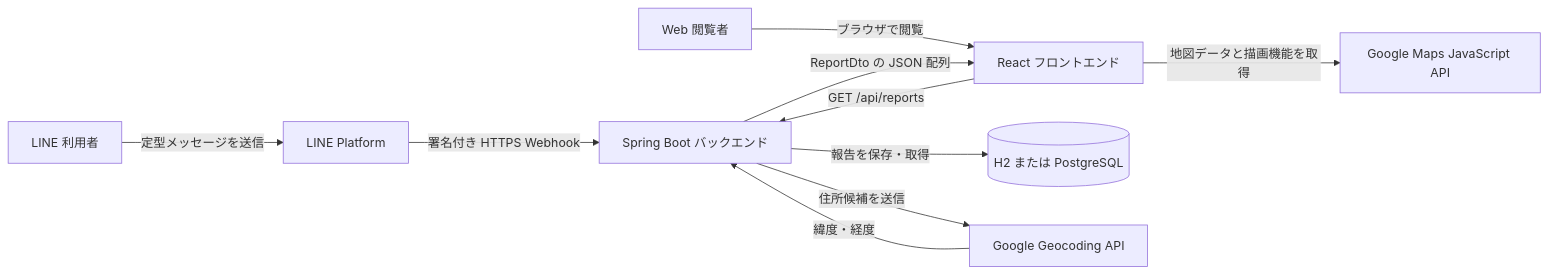
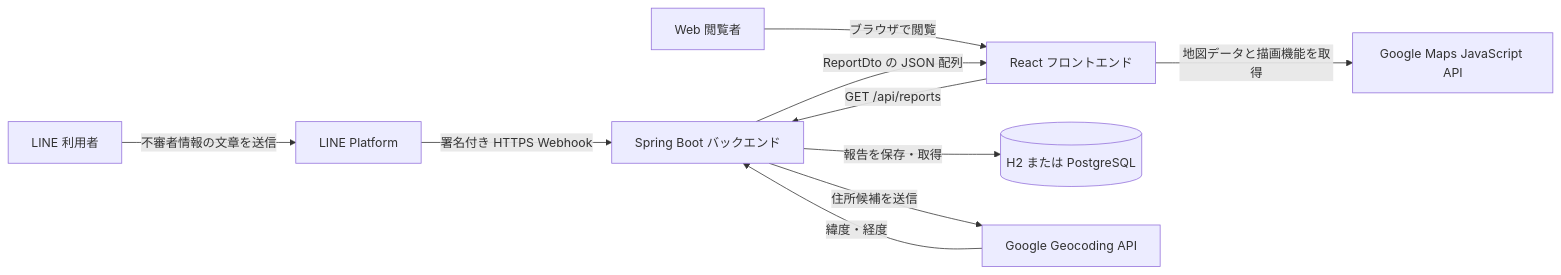
One commit to TBan34/Suspicious-Person-Map changed the first of 5 diagrams in docs/architecture/system-overview.md. Above: the diagram before and after it, drawn with Mermaid. The commit also changed other lines of this file and 33 other files, not shown here.

````diff
--- a/docs/architecture/system-overview.md
+++ b/docs/architecture/system-overview.md
@@ -26,21 +26,21 @@
 ```mermaid
 flowchart LR
     reporter[LINE 利用者]
     viewer[Web 閲覧者]
     line[LINE Platform]
     frontend[React フロントエンド]
     backend[Spring Boot バックエンド]
     database[(H2 または PostgreSQL)]
     geocoding[Google Geocoding API]
     maps[Google Maps JavaScript API]
 
-    reporter -->|定型メッセージを送信| line
+    reporter -->|不審者情報の文章を送信| line
     line -->|署名付き HTTPS Webhook| backend
     backend -->|住所候補を送信| geocoding
     geocoding -->|緯度・経度| backend
     backend -->|報告を保存・取得| database
     viewer -->|ブラウザで閲覧| frontend
     frontend -->|GET /api/reports| backend
     backend -->|ReportDto の JSON 配列| frontend
     frontend -->|地図データと描画機能を取得| maps
 ```
````
